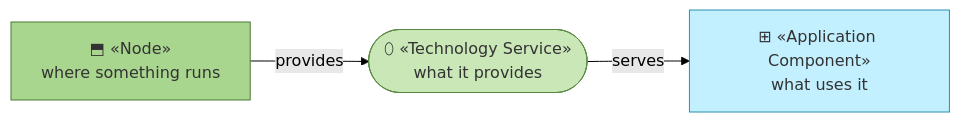
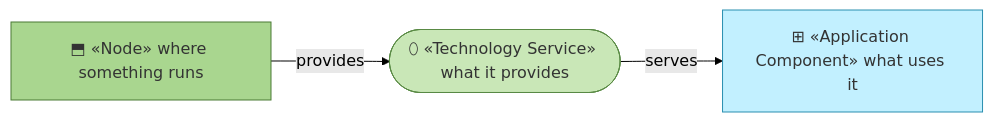
One commit to roanboc/architecture-archreator changed the first of 2 diagrams in org-archreator/architecture/5_technology/1_technology-services.md. Above: the diagram before and after it, drawn with Mermaid (forest theme). The commit also changed other lines of this file and 38 other files, not shown here.

````diff
--- a/org-archreator/architecture/5_technology/1_technology-services.md
+++ b/org-archreator/architecture/5_technology/1_technology-services.md
@@ -11,13 +11,13 @@
 ```mermaid
 flowchart LR
-  node["⬒ «Node»<br>where something runs"]:::node
-  tsvc(["⬯ «Technology Service»<br>what it provides"]):::techservice
-  acmp["⊞ «Application Component»<br>what uses it"]:::component
+  node["⬒ «Node» where something runs"]:::node
+  tsvc(["⬯ «Technology Service» what it provides"]):::techservice
+  acmp["⊞ «Application Component» what uses it"]:::component
 
   node -->|provides| tsvc
   tsvc -->|serves| acmp
 
   classDef node fill:#a9d68f,stroke:#4a7a35,color:#333
   classDef techservice fill:#c9e7b7,stroke:#5a8a45,color:#333
   classDef component fill:#c2f0ff,stroke:#2a8fb0,color:#333
 ```
````
